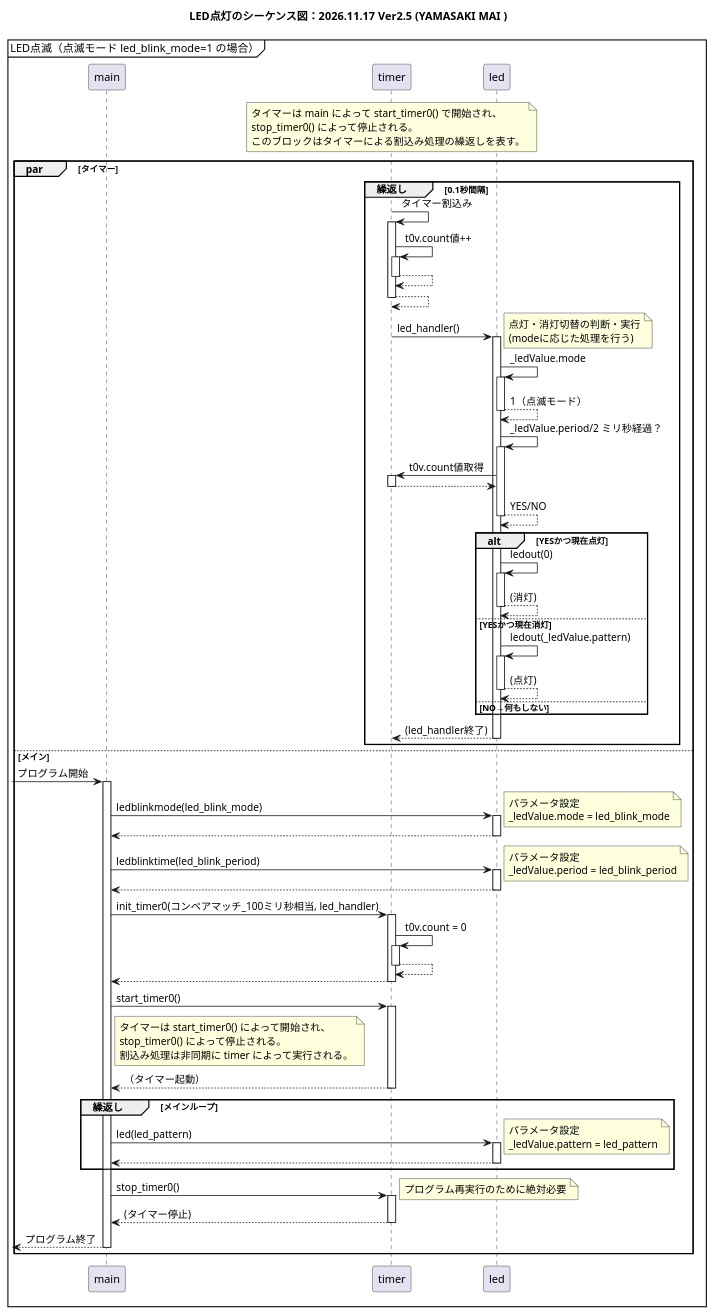
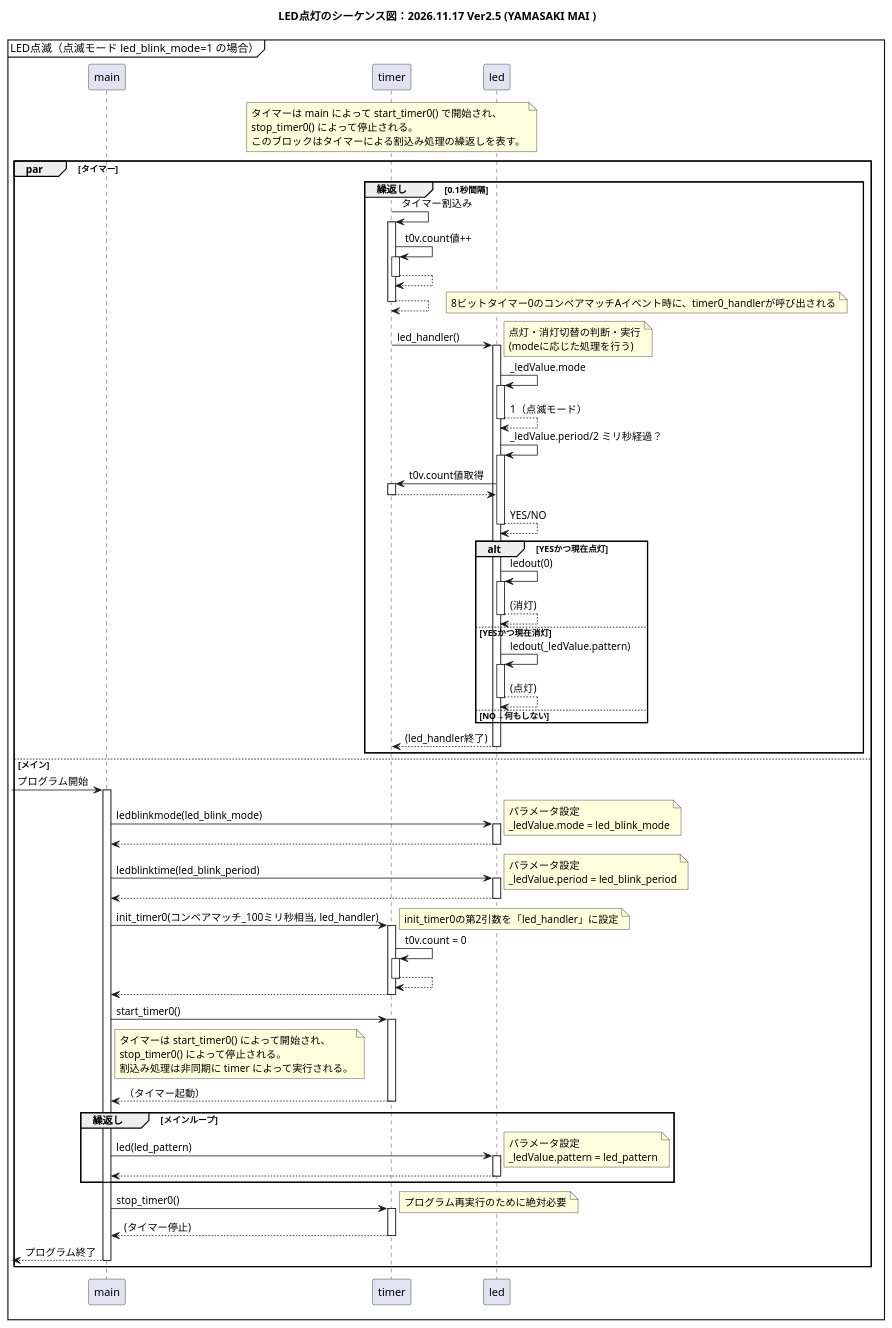
Before and after one commit to rebuildup/GRI-2nd: the diagram in SequenceDiagram/sequenceV2.pu, drawn with PlantUML. The commit also changed 7 other files, not shown here.

```diff
--- a/SequenceDiagram/sequenceV2.pu
+++ b/SequenceDiagram/sequenceV2.pu
@@ -1,84 +1,86 @@
 @startuml
 autoactivate on
 
 title LED点灯のシーケンス図：2026.11.17 Ver2.5 (YAMASAKI MAI )
 mainframe LED点滅（点滅モード led_blink_mode=1 の場合）
 
 participant main
 participant timer
 participant led
 
 note over timer
   タイマーは main によって start_timer0() で開始され、
   stop_timer0() によって停止される。
   このブロックはタイマーによる割込み処理の繰返しを表す。
 end note
 
 par タイマー
 group 繰返し [0.1秒間隔]
    timer -> timer : タイマー割込み
         timer -> timer : t0v.count値++
         return
     return
+    note right: 8ビットタイマー0のコンペアマッチAイベント時に、timer0_handlerが呼び出される
     timer -> led : led_handler()
     note right: 点灯・消灯切替の判断・実行\n(modeに応じた処理を行う)
        led -> led : _ledValue.mode
  
        return 1（点滅モード）
        led -> led : _ledValue.period/2 ミリ秒経過？
          led -> timer : t0v.count値取得
          return
        return YES/NO
        alt YESかつ現在点灯
             led -> led: ledout(0)
             return (消灯)
        else YESかつ現在消灯
             led -> led: ledout(_ledValue.pattern)
             return (点灯)
        else NO→何もしない
             
        end
     return (led_handler終了)
 
 end
 
 else メイン
 [-> main : プログラム開始
 
 main -> led : ledblinkmode(led_blink_mode)
 note right: パラメータ設定\n_ledValue.mode = led_blink_mode
 return
 
 main -> led : ledblinktime(led_blink_period)
 note right: パラメータ設定\n_ledValue.period = led_blink_period
 return
 
 main -> timer : init_timer0(コンペアマッチ_100ミリ秒相当, led_handler)
+note right: init_timer0の第2引数を「led_handler」に設定
     timer -> timer : t0v.count = 0
     return
 return
 
 main -> timer : start_timer0()
 note right of main
   タイマーは start_timer0() によって開始され、
   stop_timer0() によって停止される。
   割込み処理は非同期に timer によって実行される。
 end note
 
 return （タイマー起動）
 
 group 繰返し [メインループ]
 
  main -> led : led(led_pattern)
     note right: パラメータ設定\n_ledValue.pattern = led_pattern
     return
 
     end
 
 main -> timer : stop_timer0()
 note right: プログラム再実行のために絶対必要
 return (タイマー停止)
 return プログラム終了
 
 end 
 @enduml
```
